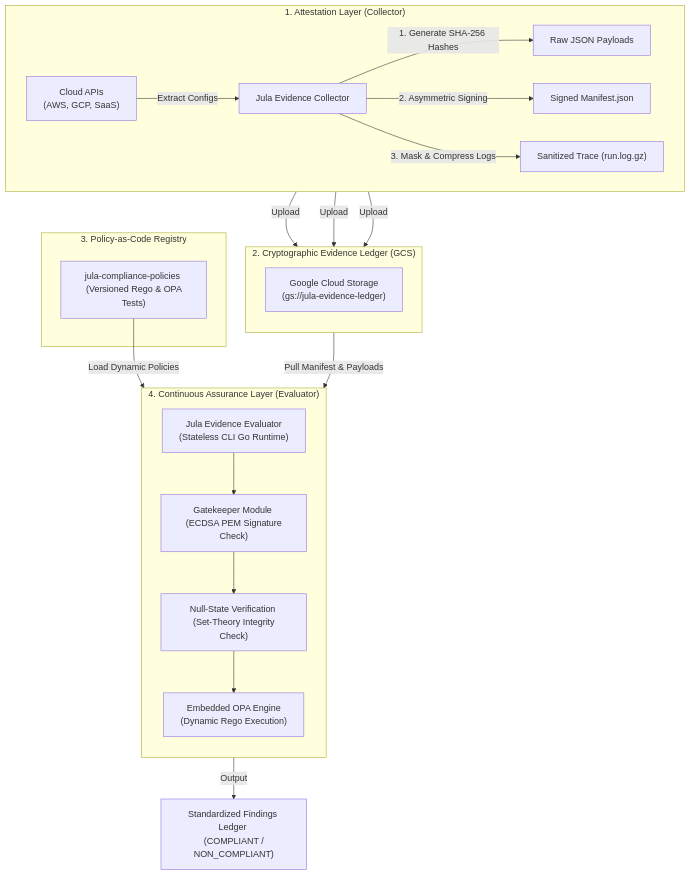
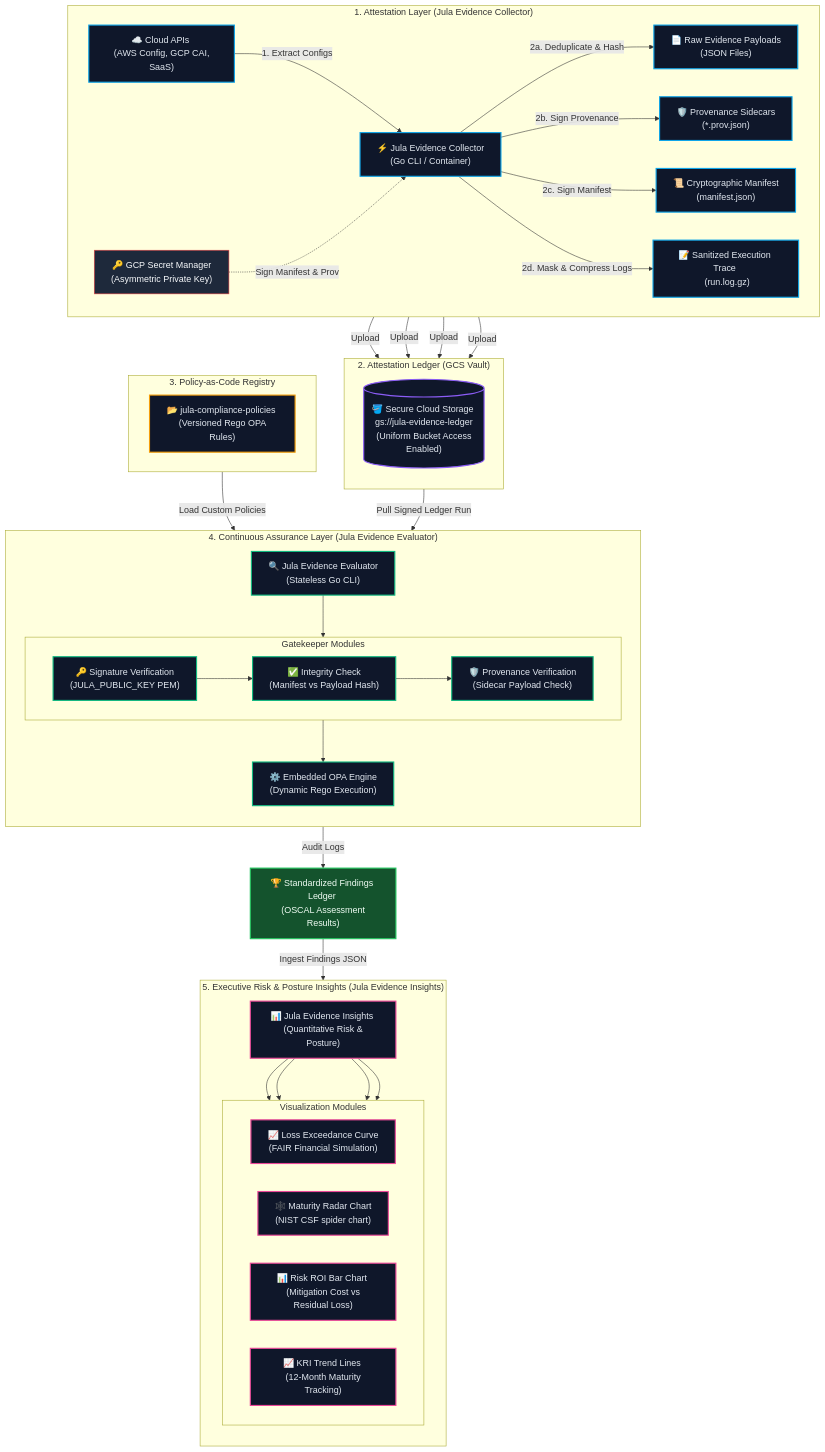
Before and after one commit to alibkaba/jula: the diagram in README.md, drawn with Mermaid. The commit also changed other lines of this file and 16 other files, not shown here.

Commit message:
refactor: migrate project dependencies to jula-core and remove redundant internal types and signing logic.

````diff
--- a/README.md
+++ b/README.md
@@ -47,38 +47,86 @@
 ```mermaid
 flowchart TB
-    subgraph Upstream ["1. Attestation Layer (Collector)"]
+    %% Styling Classes
+    classDef collector fill:#0f172a,stroke:#0ea5e9,stroke-width:2px,color:#e2e8f0;
+    classDef ledger fill:#0f172a,stroke:#8b5cf6,stroke-width:2px,color:#e2e8f0;
+    classDef policy fill:#0f172a,stroke:#f59e0b,stroke-width:2px,color:#e2e8f0;
+    classDef evaluator fill:#0f172a,stroke:#10b981,stroke-width:2px,color:#e2e8f0;
+    classDef security fill:#1e293b,stroke:#ef4444,stroke-width:1px,color:#f8fafc;
+    classDef output fill:#14532d,stroke:#22c55e,stroke-width:2px,color:#f0fdf4;
+    classDef insights fill:#0f172a,stroke:#ec4899,stroke-width:2px,color:#e2e8f0;
+
+    subgraph Phase1 ["1. Attestation Layer (Jula Evidence Collector)"]
         direction LR
-        APIs["Cloud APIs <br> (AWS, GCP, SaaS)"] -->|Extract Configs| EC["Jula Evidence Collector"]
-        EC -->|1. Generate SHA-256 Hashes| H["Raw JSON Payloads"]
-        EC -->|2. Asymmetric Signing| M["Signed Manifest.json"]
-        EC -->|3. Mask & Compress Logs| L["Sanitized Trace (run.log.gz)"]
+        APIs["☁️ Cloud APIs <br> (AWS Config, GCP CAI, SaaS)"] -->|1. Extract Configs| EC["⚡ Jula Evidence Collector <br> (Go CLI / Container)"]
+        KMS["🔑 GCP Secret Manager <br> (Asymmetric Private Key)"] -.->|Sign Manifest & Prov| EC
+        EC -->|2a. Deduplicate & Hash| H["📄 Raw Evidence Payloads <br> (JSON Files)"]
+        EC -->|2b. Sign Provenance| P["🛡️ Provenance Sidecars <br> (*.prov.json)"]
+        EC -->|2c. Sign Manifest| M["📜 Cryptographic Manifest <br> (manifest.json)"]
+        EC -->|2d. Mask & Compress Logs| L["📝 Sanitized Execution Trace <br> (run.log.gz)"]
     end
 
-    subgraph Ledger ["2. Cryptographic Evidence Ledger (GCS)"]
+    subgraph Phase2 ["2. Attestation Ledger (GCS Vault)"]
         direction TB
-        GCS["Google Cloud Storage <br> (gs://jula-evidence-ledger)"]
+        GCS[("🪣 Secure Cloud Storage <br> gs://jula-evidence-ledger <br> (Uniform Bucket Access Enabled)")]
         H -->|Upload| GCS
+        P -->|Upload| GCS
         M -->|Upload| GCS
         L -->|Upload| GCS
     end
 
-    subgraph Policies ["3. Policy-as-Code Registry"]
-        PR["jula-compliance-policies <br> (Versioned Rego & OPA Tests)"]
+    subgraph Phase3 ["3. Policy-as-Code Registry"]
+        direction LR
+        PR["📂 jula-compliance-policies <br> (Versioned Rego OPA Rules)"]
     end
 
-    subgraph Downstream ["4. Continuous Assurance Layer (Evaluator)"]
+    subgraph Phase4 ["4. Continuous Assurance Layer (Jula Evidence Evaluator)"]
         direction TB
-        EE["Jula Evidence Evaluator <br> (Stateless CLI Go Runtime)"]
-        GK["Gatekeeper Module <br> (ECDSA PEM Signature Check)"]
-        NS["Null-State Verification <br> (Set-Theory Integrity Check)"]
-        OPA["Embedded OPA Engine <br> (Dynamic Rego Execution)"]
+        EE["🔍 Jula Evidence Evaluator <br> (Stateless Go CLI)"]
         
-        EE --> GK
-        GK --> NS
-        NS --> OPA
+        subgraph GK ["Gatekeeper Modules"]
+            direction LR
+            SigCheck["🔑 Signature Verification <br> (JULA_PUBLIC_KEY PEM)"]
+            HashCheck["✅ Integrity Check <br> (Manifest vs Payload Hash)"]
+            ProvCheck["🛡️ Provenance Verification <br> (Sidecar Payload Check)"]
+        end
+        
+        OPA["⚙️ Embedded OPA Engine <br> (Dynamic Rego Execution)"]
+        
+        EE --> SigCheck
+        SigCheck --> HashCheck
+        HashCheck --> ProvCheck
+        ProvCheck --> OPA
     end
 
-    GCS -->|Pull Manifest & Payloads| EE
-    PR -->|Load Dynamic Policies| EE
-    OPA -->|Output| Findings["Standardized Findings Ledger <br> (COMPLIANT / NON_COMPLIANT)"]
+    subgraph Phase5 ["5. Executive Risk & Posture Insights (Jula Evidence Insights)"]
+        direction TB
+        DB["📊 Jula Evidence Insights <br> (Quantitative Risk & Posture)"]
+        
+        subgraph Views ["Visualization Modules"]
+            direction LR
+            LEC["📈 Loss Exceedance Curve <br> (FAIR Financial Simulation)"]
+            Radar["🕸️ Maturity Radar Chart <br> (NIST CSF spider chart)"]
+            ROI["📊 Risk ROI Bar Chart <br> (Mitigation Cost vs Residual Loss)"]
+            Trend["📈 KRI Trend Lines <br> (12-Month Maturity Tracking)"]
+        end
+        
+        DB --> LEC
+        DB --> Radar
+        DB --> ROI
+        DB --> Trend
+    end
+
+    GCS -->|Pull Signed Ledger Run| EE
+    PR -->|Load Custom Policies| EE
+    OPA -->|Audit Logs| Findings["🏆 Standardized Findings Ledger <br> (OSCAL Assessment Results)"]
+    Findings -->|Ingest Findings JSON| DB
+
+    %% Apply Styles
+    class APIs,EC,H,P,M,L collector;
+    class GCS ledger;
+    class PR policy;
+    class EE,SigCheck,HashCheck,ProvCheck,OPA evaluator;
+    class KMS security;
+    class Findings output;
+    class DB,LEC,Radar,ROI,Trend insights;
 ```
````
